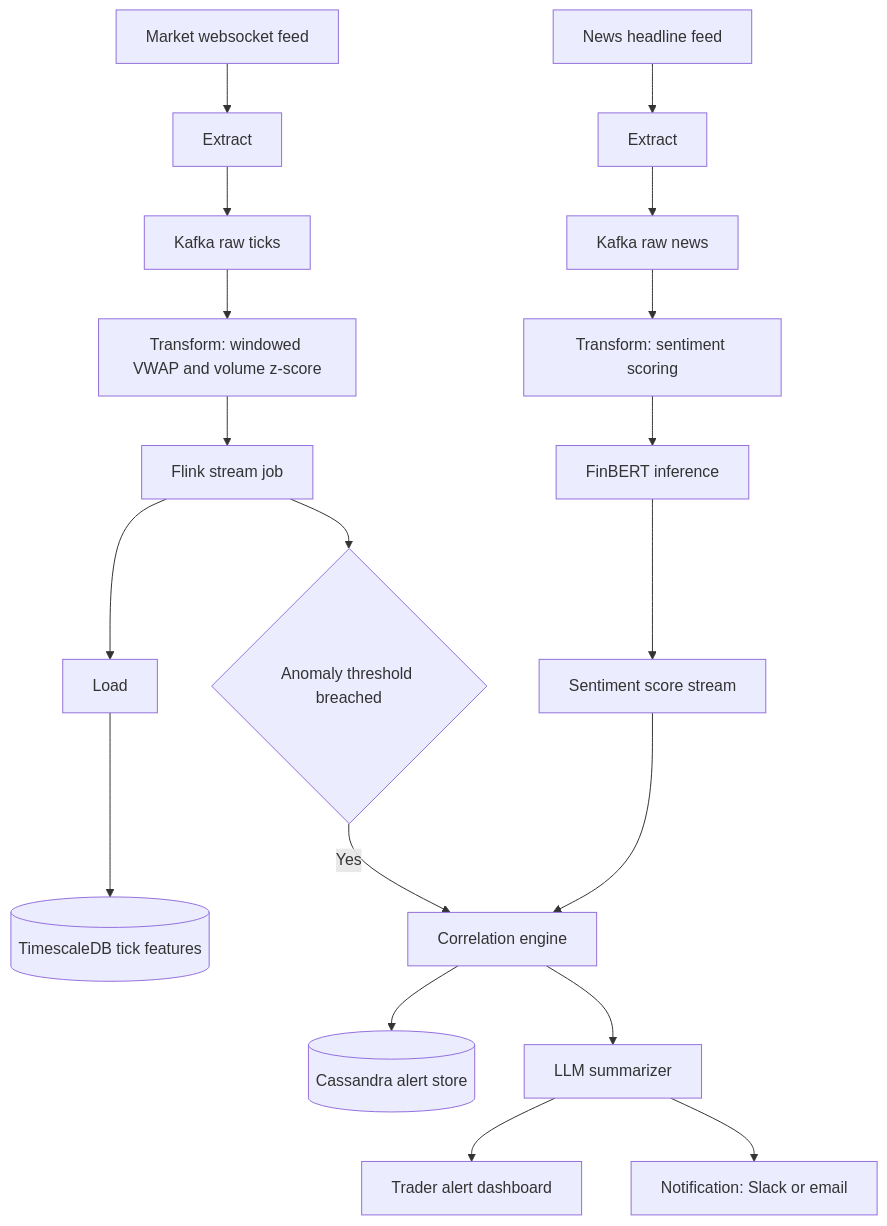
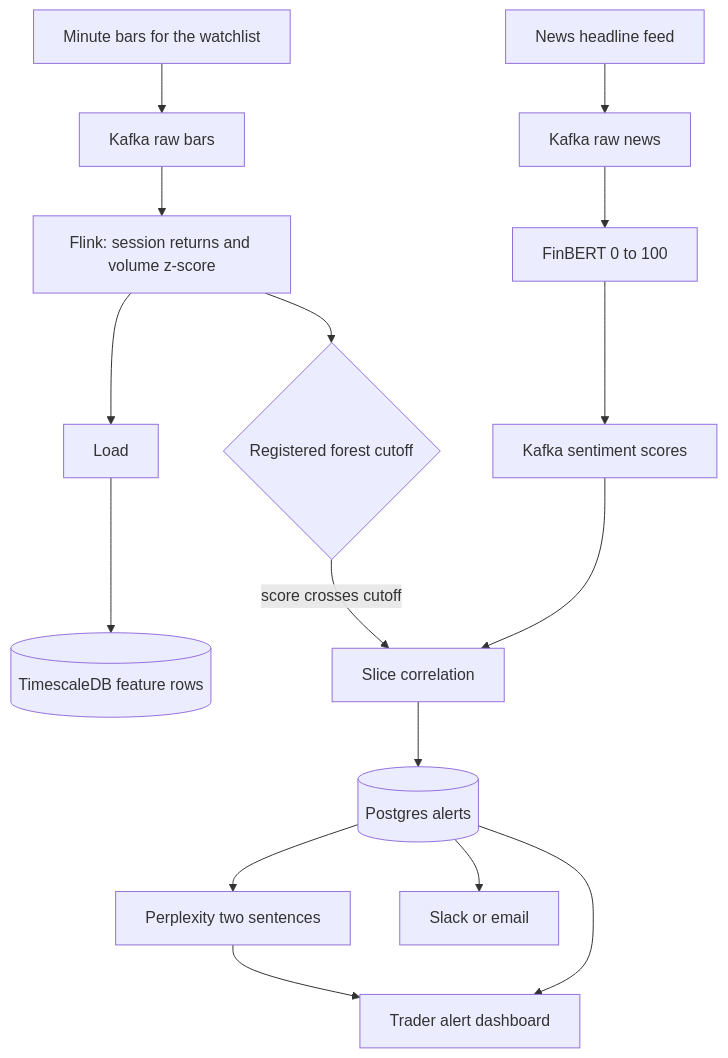
Before and after one commit to sameerde4/ticker-alert-system: the fourth of 5 diagrams in docs/architecture.md, drawn with Mermaid. The commit also changed other lines of this file, not shown here.

Commit message:
Redraw the as-built and target architecture diagrams.

````diff
--- a/docs/architecture.md
+++ b/docs/architecture.md
@@ -179,23 +185,20 @@
 ```mermaid
 flowchart TD
-    MKT[Market websocket feed] --> EX1[Extract]
-    EX1 --> KT[Kafka raw ticks]
-    KT --> VWAP[Transform: windowed VWAP and volume z-score]
-    VWAP --> FLINK[Flink stream job]
-    FLINK --> GATE{Anomaly threshold breached}
+    MKT[Minute bars for the watchlist] --> KT[Kafka raw bars]
+    KT --> FLINK[Flink: session returns and volume z-score]
+    FLINK --> GATE{Registered forest cutoff}
     FLINK --> LOADT[Load]
-    LOADT --> TIMESCALE[(TimescaleDB tick features)]
-    GATE -->|Yes| CORR[Correlation engine]
+    LOADT --> TIMESCALE[(TimescaleDB feature rows)]
+    GATE -->|score crosses cutoff| CORR[Slice correlation]
 
-    NEWS[News headline feed] --> EX2[Extract]
-    EX2 --> KN[Kafka raw news]
-    KN --> SS[Transform: sentiment scoring]
-    SS --> FINBERT[FinBERT inference]
-    FINBERT --> SCORES[Sentiment score stream]
+    NEWS[News headline feed] --> KN[Kafka raw news]
+    KN --> FINBERT[FinBERT 0 to 100]
+    FINBERT --> SCORES[Kafka sentiment scores]
     SCORES --> CORR
 
-    CORR --> CASS[(Cassandra alert store)]
-    CORR --> LLM[LLM summarizer]
-    LLM --> DASH[Trader alert dashboard]
-    LLM --> NOTIFY[Notification: Slack or email]
+    CORR --> PG[(Postgres alerts)]
+    PG --> PPLX[Perplexity two sentences]
+    PPLX --> DASH[Trader alert dashboard]
+    PG --> DASH
+    PG --> NOTIFY[Slack or email]
 ```
````
